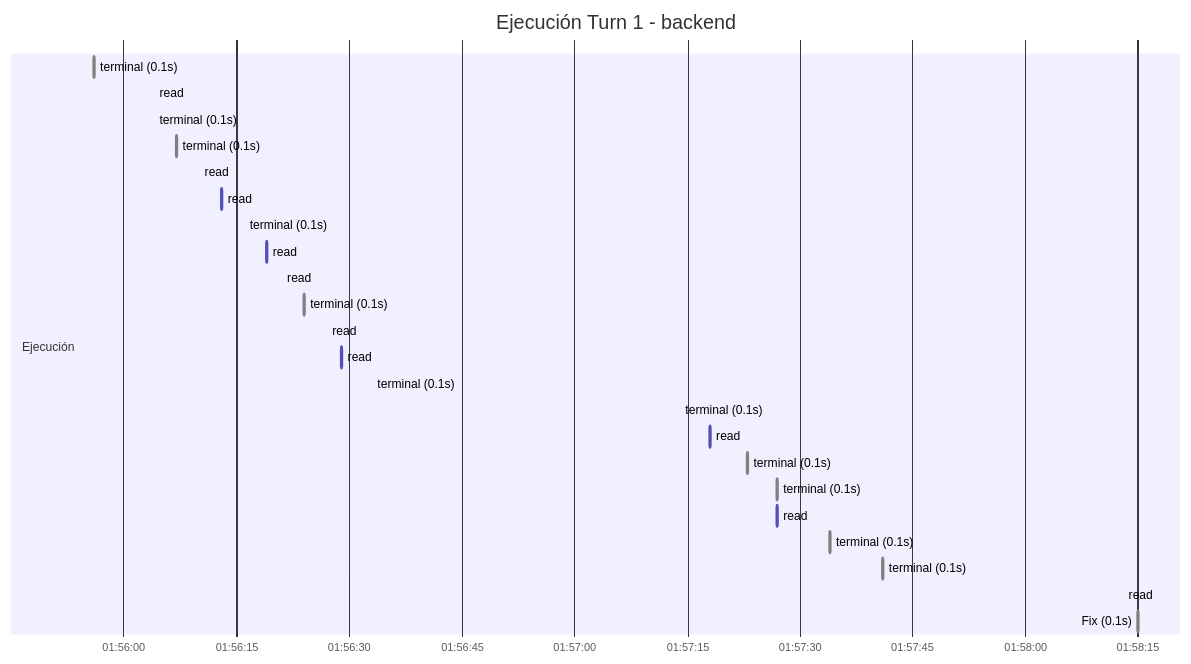
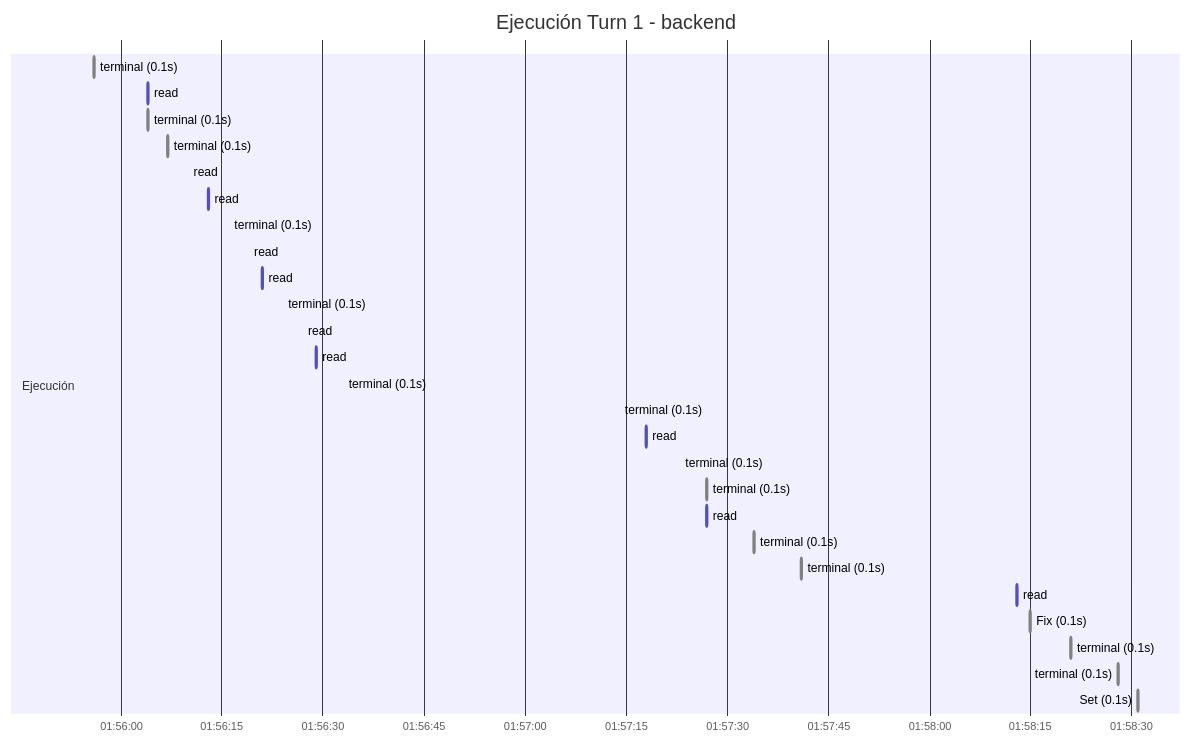
Before and after one commit to luisdalmasso/orquestador-contamela: the diagram in .ponytail/traces/2026-07-09_auto_recovered_f8f2807bf34f/backend_f8f2807bf34f.md, drawn with Mermaid. The commit also changed other lines of this file, not shown here.

````diff
--- a/.ponytail/traces/2026-07-09_auto_recovered_f8f2807bf34f/backend_f8f2807bf34f.md
+++ b/.ponytail/traces/2026-07-09_auto_recovered_f8f2807bf34f/backend_f8f2807bf34f.md
@@ -152,30 +153,33 @@
 ```mermaid
 gantt
     title Ejecución Turn 1 - backend
     dateFormat  HH:mm:ss
     axisFormat  %H:%M:%S
 
     section Ejecución
     terminal (0.1s)  :done, 01:55:56, 0.1s
     read: (0.1s)  :done, 01:56:04, 0.1s
     terminal (0.1s)  :done, 01:56:04, 0.1s
     terminal (0.1s)  :done, 01:56:07, 0.1s
     read: (0.1s)  :done, 01:56:10, 0.1s
     read: (0.1s)  :done, 01:56:13, 0.1s
     terminal (0.1s)  :done, 01:56:16, 0.1s
     read: (0.1s)  :done, 01:56:19, 0.1s
     read: (0.1s)  :done, 01:56:21, 0.1s
     terminal (0.1s)  :done, 01:56:24, 0.1s
     read: (0.1s)  :done, 01:56:27, 0.1s
     read: (0.1s)  :done, 01:56:29, 0.1s
     terminal (0.1s)  :done, 01:56:33, 0.1s
     terminal (0.1s)  :done, 01:57:14, 0.1s
     read: (0.1s)  :done, 01:57:18, 0.1s
     terminal (0.1s)  :done, 01:57:23, 0.1s
     terminal (0.1s)  :done, 01:57:27, 0.1s
     read: (0.1s)  :done, 01:57:27, 0.1s
     terminal (0.1s)  :done, 01:57:34, 0.1s
     terminal (0.1s)  :done, 01:57:41, 0.1s
     read: (0.1s)  :done, 01:58:13, 0.1s
     Fix (0.1s)  :done, 01:58:15, 0.1s
+    terminal (0.1s)  :done, 01:58:21, 0.1s
+    terminal (0.1s)  :done, 01:58:28, 0.1s
+    Set (0.1s)  :done, 01:58:31, 0.1s
 ```
````
